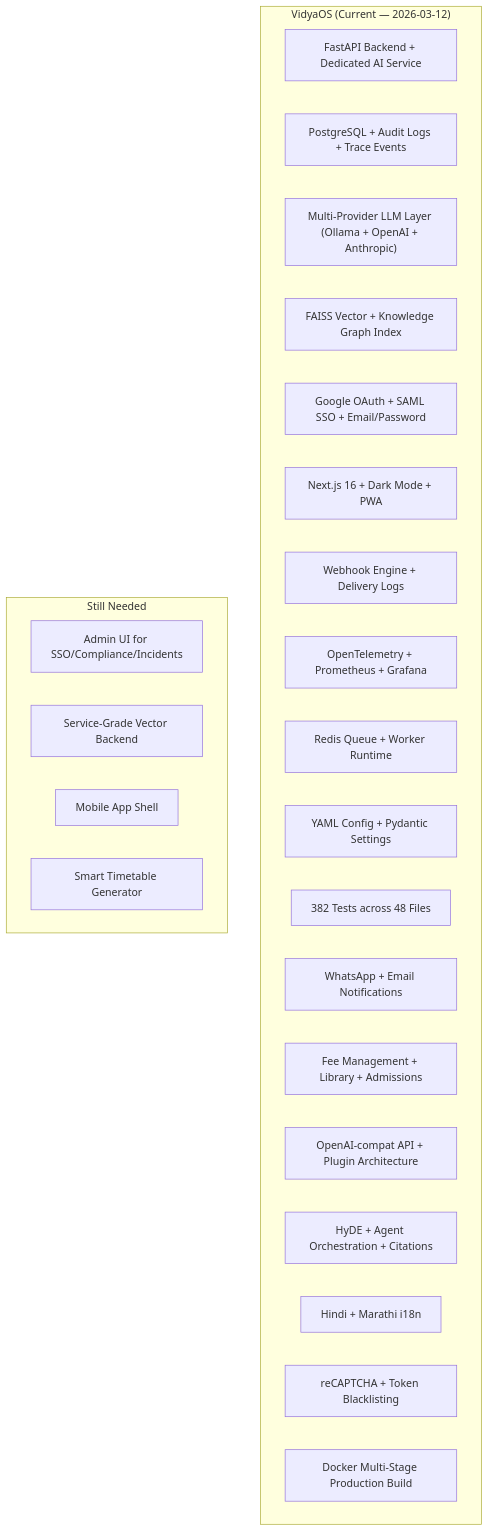
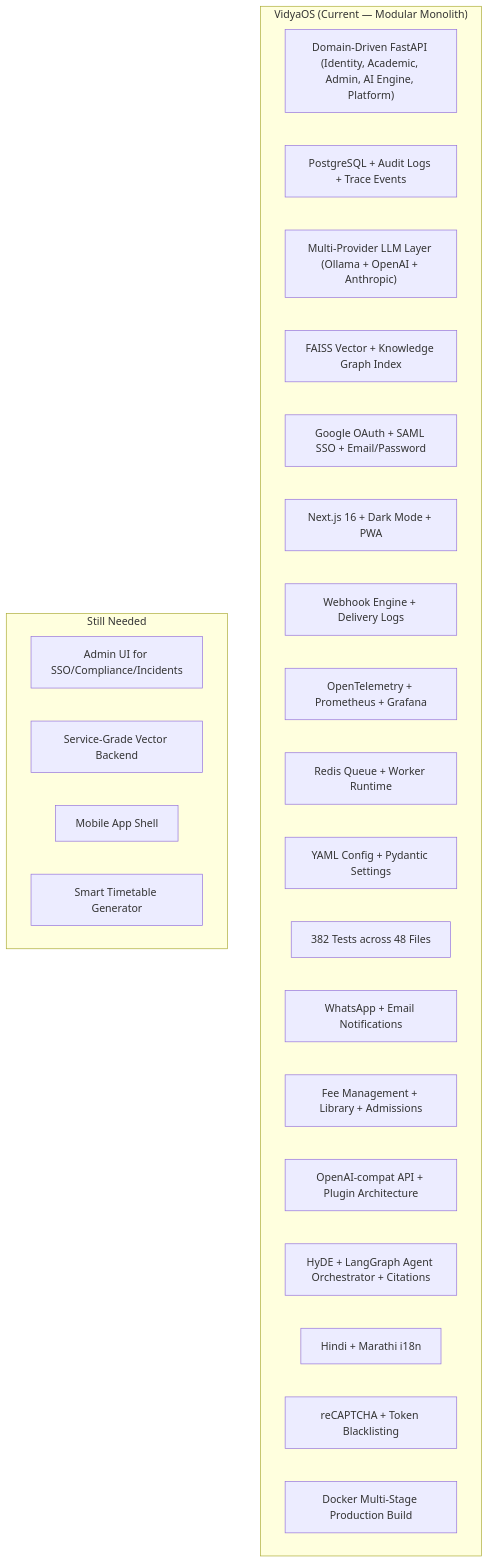
One commit to Arjun3125/hail_marry changed the diagram in STAR_FEATURES_ANALYSIS.md. Above: the diagram before and after it, drawn with Mermaid. The commit also changed 290 other files, not shown here.

Commit message:
feat: implement WhatsApp conversational access with LangGraph agent and gateway service

````diff
--- a/STAR_FEATURES_ANALYSIS.md
+++ b/STAR_FEATURES_ANALYSIS.md
@@ -260,30 +260,30 @@
 ```mermaid
 graph TB
-    subgraph Current["VidyaOS (Current — 2026-03-12)"]
-        A1["FastAPI Backend + Dedicated AI Service"]
+    subgraph Current["VidyaOS (Current — Modular Monolith)"]
+        A1["Domain-Driven FastAPI (Identity, Academic, Admin, AI Engine, Platform)"]
         A2["PostgreSQL + Audit Logs + Trace Events"]
         A3["Multi-Provider LLM Layer (Ollama + OpenAI + Anthropic)"]
         A4["FAISS Vector + Knowledge Graph Index"]
         A5["Google OAuth + SAML SSO + Email/Password"]
         A6["Next.js 16 + Dark Mode + PWA"]
         A7["Webhook Engine + Delivery Logs"]
         A8["OpenTelemetry + Prometheus + Grafana"]
         A9["Redis Queue + Worker Runtime"]
         A10["YAML Config + Pydantic Settings"]
         A11["382 Tests across 48 Files"]
         A12["WhatsApp + Email Notifications"]
         A13["Fee Management + Library + Admissions"]
         A14["OpenAI-compat API + Plugin Architecture"]
-        A15["HyDE + Agent Orchestration + Citations"]
+        A15["HyDE + LangGraph Agent Orchestrator + Citations"]
         A16["Hindi + Marathi i18n"]
         A17["reCAPTCHA + Token Blacklisting"]
         A18["Docker Multi-Stage Production Build"]
     end
 
     subgraph Remaining["Still Needed"]
         B1["Admin UI for SSO/Compliance/Incidents"]
         B2["Service-Grade Vector Backend"]
         B3["Mobile App Shell"]
         B4["Smart Timetable Generator"]
     end
 ```
````
